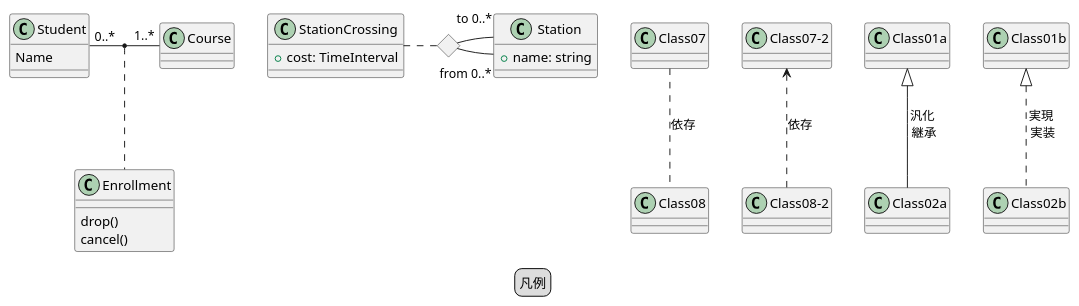
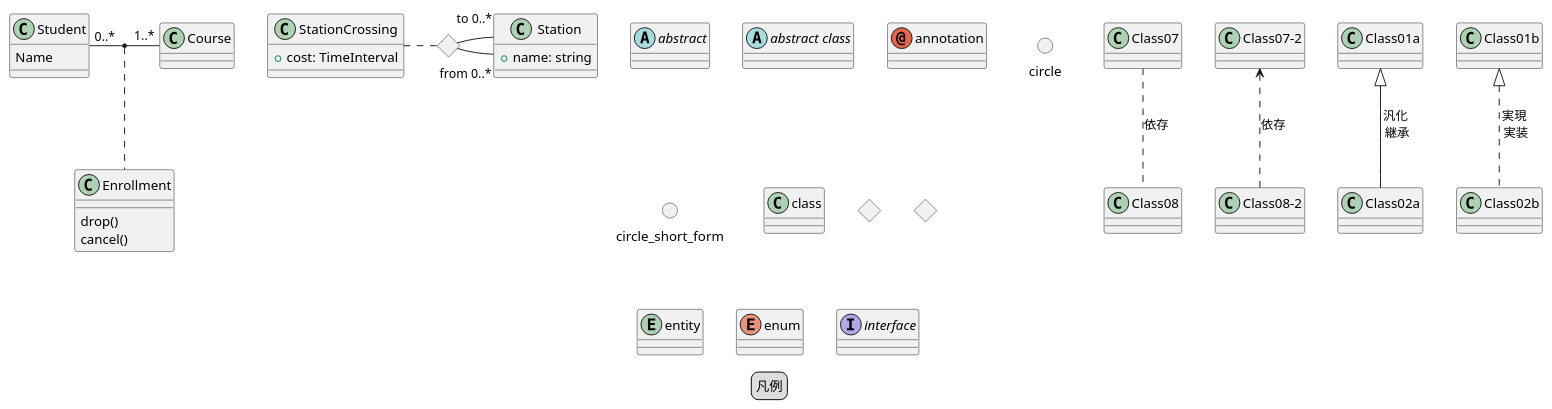
One commit to peregrin8alde/learn-ossdb-gold changed the diagram in site/content/ja/docs/Appendix/uml/class/puml/legend/classe-legends.puml. Above: the diagram before and after it, drawn with PlantUML. The commit also changed 7 other files, not shown here.

```diff
--- a/site/content/ja/docs/Appendix/uml/class/puml/legend/classe-legends.puml
+++ b/site/content/ja/docs/Appendix/uml/class/puml/legend/classe-legends.puml
@@ -1,49 +1,56 @@
 @startuml
 /'
-"Class01" <|-- "Class02"
-"Class03" *-- "Class04"
-"Class05" o-- "Class06"
-"Class07" .. "Class08"
-"Class09" -- "Class10"
+コメント
 '/
 legend
 凡例
 endlegend
 
+abstract "abstract"
+abstract class "abstract class"
+annotation "annotation"
+circle "circle"
+() "circle_short_form"
+class "class"
+diamond diamond
+<> diamond_short_form
+entity "entity"
+enum "enum"
+interface "interface"
 
 
 "Class07" .. "Class08" : "依存"
 "Class07-2" <.. "Class08-2" : "依存"
 "Class01a" <|-- "Class02a" : "汎化\n 継承"
 "Class01b" <|.. "Class02b" : "実現\n 実装"
 
 /'
 関連クラス
 '/
 class Student {
   Name
 }
 Student "0..*" - "1..*" Course
   (Student, Course) .. Enrollment
   class Enrollment {
   drop()
   cancel()
 }
 
 /'
 複数関連
 '/
 class Station {
   +name: string
 }
 class StationCrossing {
   +cost: TimeInterval
 }
-<> diamond
-StationCrossing . diamond
-diamond - "from 0..*" Station
-diamond - "to 0..* " Station
+<> diamond1
+StationCrossing . diamond1
+diamond1 - "from 0..*" Station
+diamond1 - "to 0..* " Station
 
 
 
 @enduml
```
